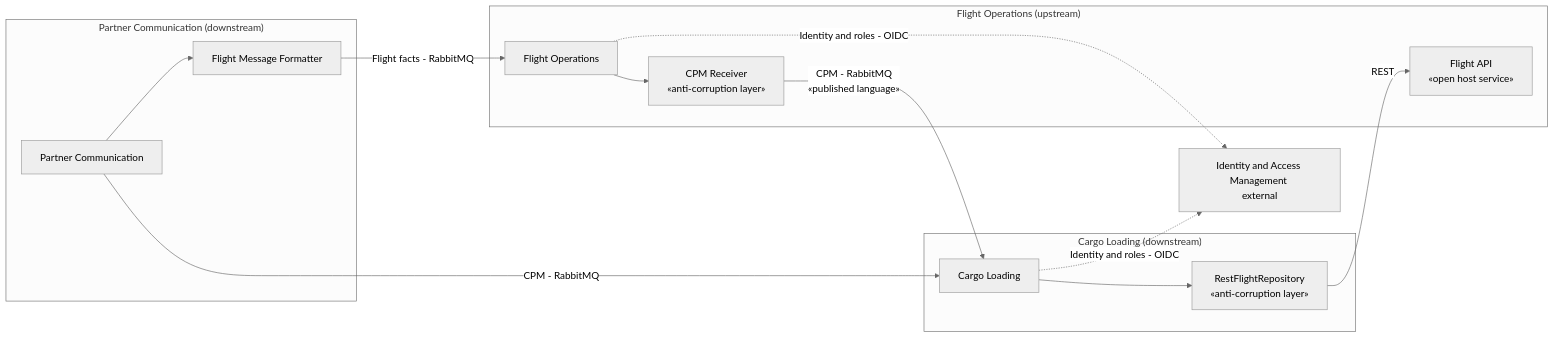
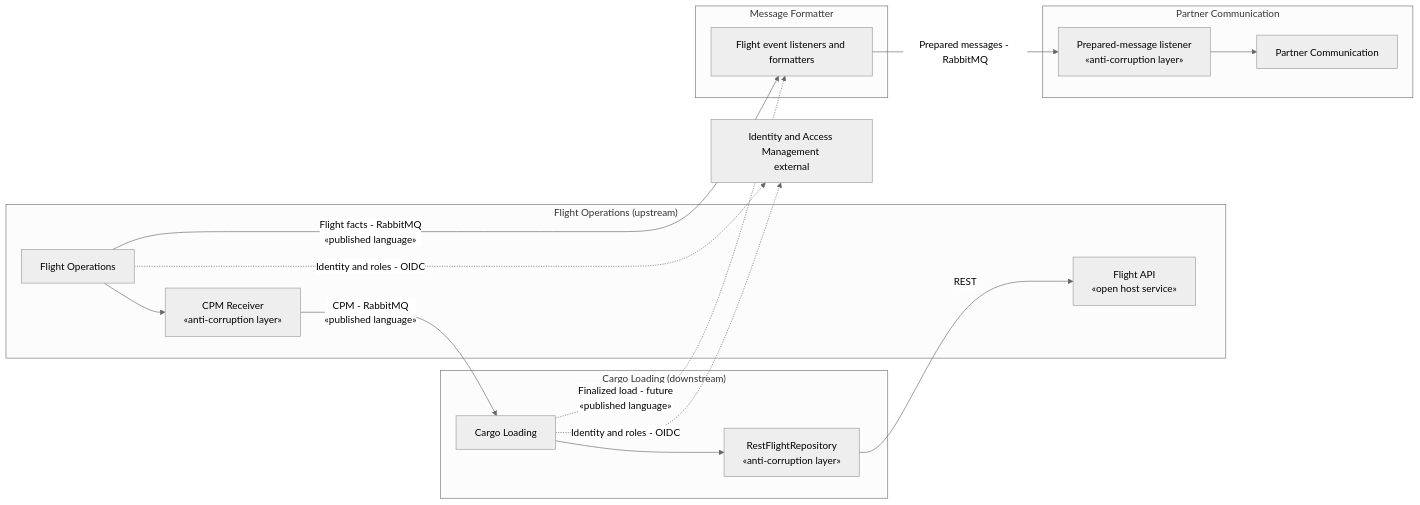
Before and after one commit to ebhd/air-freight-operations: the second of 9 diagrams in architecture/analyse.md, drawn with Mermaid (neutral theme). The commit also changed other lines of this file and 74 other files, not shown here.

First line of the commit message:
refactor: separate flight delays and extract message formatter

````diff
--- a/architecture/analyse.md
+++ b/architecture/analyse.md
@@ -58,36 +60,39 @@
 ```mermaid
 flowchart LR
 
     subgraph CL_CTX["Cargo Loading (downstream)"]
         CL["Cargo Loading"]
         FlightACL["RestFlightRepository<br/>«anti-corruption layer»"]
 
         CL --> FlightACL
     end
 
     subgraph FO_CTX["Flight Operations (upstream)"]
         FlightAPI["Flight API<br/>«open host service»"]
         FO["Flight Operations"]
         CPMReceiver["CPM Receiver<br/>«anti-corruption layer»"]
 
         FO --> CPMReceiver
     end
 
-    subgraph PC_CTX["Partner Communication (downstream)"]
+    subgraph MF_CTX["Message Formatter"]
+        FlightFormatter["Flight event listeners and formatters"]
+    end
+    subgraph PC_CTX["Partner Communication"]
+        PreparedACL["Prepared-message listener<br/>«anti-corruption layer»"]
         PC["Partner Communication"]
-        FlightFormatter["Flight Message Formatter"]
-
-        PC --> FlightFormatter
+        PreparedACL --> PC
     end
 
     IAM["Identity and Access Management <br/>external"]
 
     FlightACL -->|"REST"| FlightAPI
 
     CPMReceiver -->|"CPM - RabbitMQ<br/>«published language»"| CL
 
-    FlightFormatter -->|"Flight facts - RabbitMQ"| FO
-    PC -->|"CPM - RabbitMQ"| CL
+    FO -->|"Flight facts - RabbitMQ<br/>«published language»"| FlightFormatter
+    CL -.->|"Finalized load - future<br/>«published language»"| FlightFormatter
+    FlightFormatter -->|"Prepared messages - RabbitMQ"| PreparedACL
     FO -.->|"Identity and roles - OIDC"| IAM
     CL -.->|"Identity and roles - OIDC"| IAM
 ```
````
